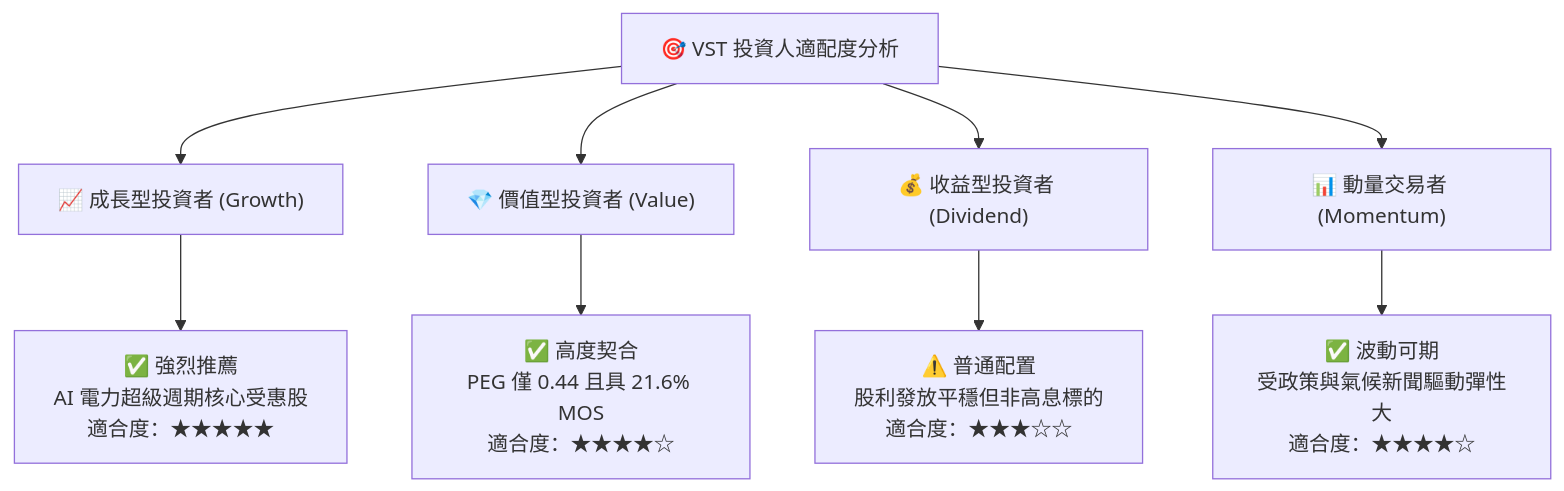
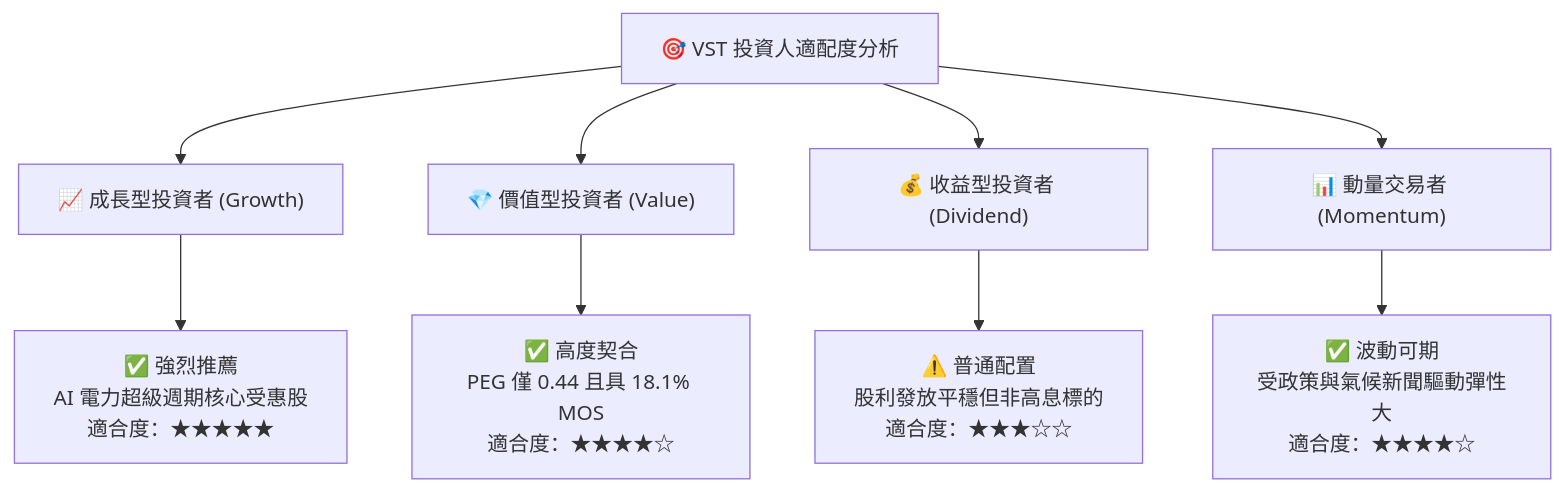
One commit to yennanliu/finance_data changed diagram 15 of 15 in ai_gen_report/fundamental/vst/fundamental_analysis_2026-10-13_gemini-2.md. Above: the diagram before and after it, drawn with Mermaid. The commit also changed other lines of this file and 339 other files, not shown here.

````diff
--- a/ai_gen_report/fundamental/vst/fundamental_analysis_2026-10-13_gemini-2.md
+++ b/ai_gen_report/fundamental/vst/fundamental_analysis_2026-10-13_gemini-2.md
@@ -1060,14 +1075,14 @@
 ```mermaid
 graph TD
     INV["🎯 VST 投資人適配度分析"]
 
     INV --> G["📈 成長型投資者 (Growth)"]
     INV --> V["💎 價值型投資者 (Value)"]
     INV --> D["💰 收益型投資者 (Dividend)"]
     INV --> T["📊 動量交易者 (Momentum)"]
 
     G --> G1["✅ 強烈推薦<br/>AI 電力超級週期核心受惠股<br/>適合度：★★★★★"]
-    V --> V1["✅ 高度契合<br/>PEG 僅 0.44 且具 21.6% MOS<br/>適合度：★★★★☆"]
+    V --> V1["✅ 高度契合<br/>PEG 僅 0.44 且具 18.1% MOS<br/>適合度：★★★★☆"]
     D --> D1["⚠️ 普通配置<br/>股利發放平穩但非高息標的<br/>適合度：★★★☆☆"]
     T --> T1["✅ 波動可期<br/>受政策與氣候新聞驅動彈性大<br/>適合度：★★★★☆"]
 ```
````
